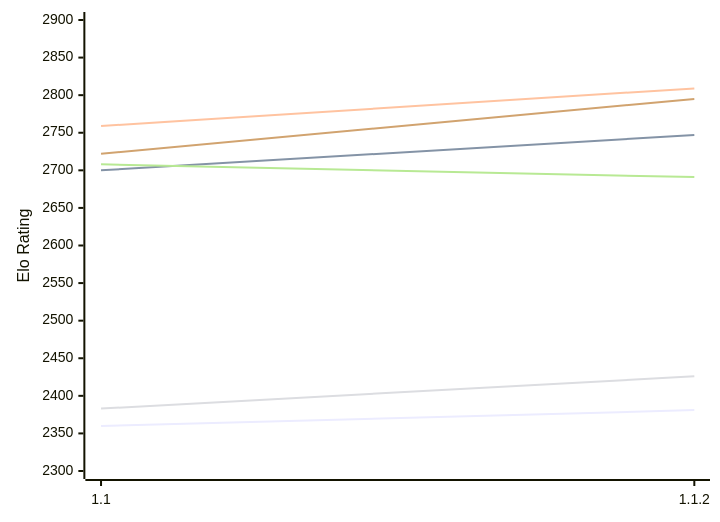
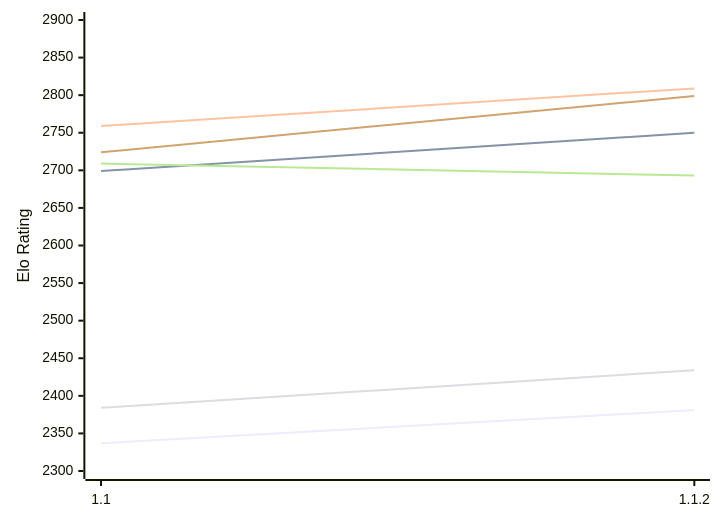
The first of 2 diagrams in engines/Casanchess.md (computer-chess-index/cci), drawn with Mermaid before and after one commit. The commit also changed other lines of this file, not shown here.

Commit message:
Update CCI Ratings (ELO VLTC) - 2026-11-24

````diff
--- a/engines/Casanchess.md
+++ b/engines/Casanchess.md
@@ -51,12 +51,12 @@
 ```mermaid
 %%{init: {"theme":"base","themeVariables":{"seriesColors:['#a3a3a3','#222221','#faa371']}}}%%
 xychart-beta
   x-axis ["1.1", "1.1.2"]
   y-axis "Elo Rating" 2300 --> 2900
-  line "E1: STC (8.0+0.08s)" [2360, 2381]
-  line "E1: LTC (60.0+0.60s)" [2700, 2747]
+  line "E1: STC (8.0+0.08s)" [2337, 2381]
+  line "E1: LTC (60.0+0.60s)" [2699, 2750]
   line "E1: VLTC (2m24s+1.12s)" [2759, 2809]
-  line "P1: STC (8.0+0.08s)" [2383, 2426]
-  line "P1: LTC (60.0+0.60s)" [2708, 2691]
-  line "P1: VLTC (2m24s+1.12s)" [2722, 2795]
+  line "P1: STC (8.0+0.08s)" [2384, 2434]
+  line "P1: LTC (60.0+0.60s)" [2709, 2693]
+  line "P1: VLTC (2m24s+1.12s)" [2724, 2799]
 ```
````
